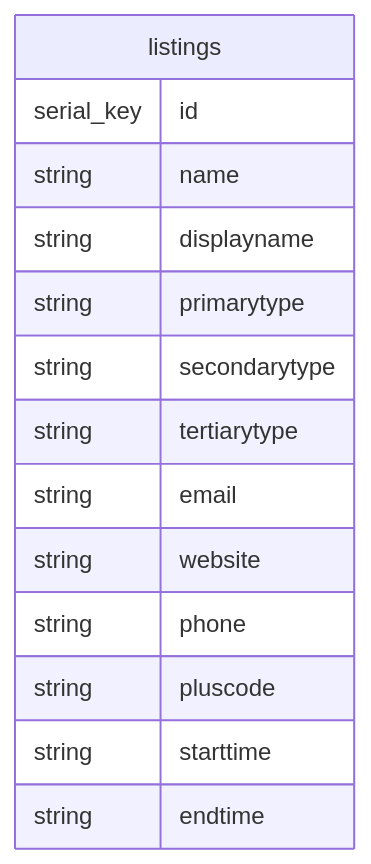
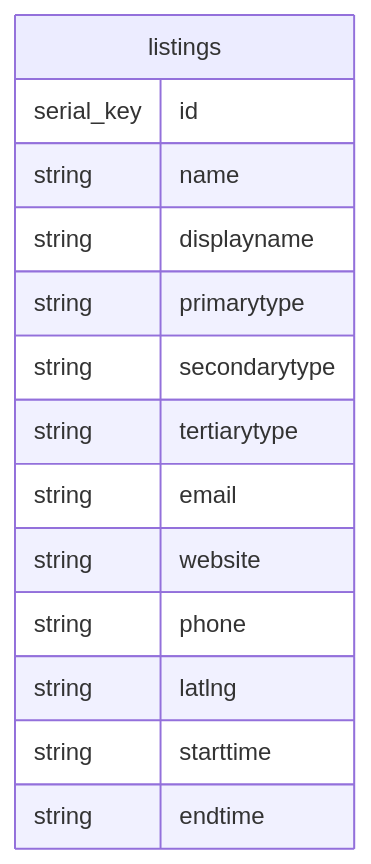
One commit to mill-road-winter-fair/mill_road_winter_fair_app_cache changed the diagram in README.md. Above: the diagram before and after it, drawn with Mermaid. The commit also changed other lines of this file and 4 other files, not shown here.

````diff
--- a/README.md
+++ b/README.md
@@ -90,19 +90,19 @@
 ```mermaid
 erDiagram
 
     listings {
         serial_key id
         string name
         string displayname
         string primarytype
         string secondarytype
         string tertiarytype
         string email
         string website
         string phone
-        string pluscode
+        string latlng
         string starttime
         string endtime
     }
 
 ```
````
